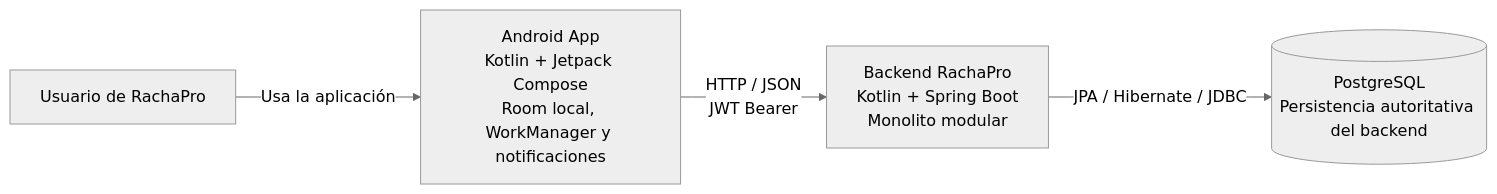
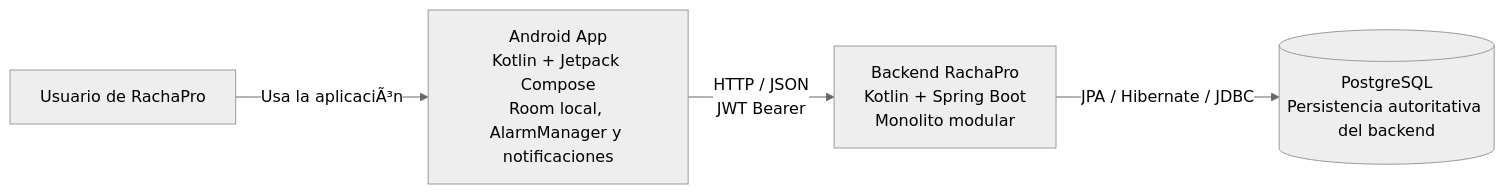
One commit to alejandro4198/RachaProo changed the diagram in docs/semana8/c4/diagramas/c4-l2-contenedores.mmd. Above: the diagram before and after it, drawn with Mermaid (neutral theme). The commit also changed 6 other files, not shown here.

```diff
--- a/docs/semana8/c4/diagramas/c4-l2-contenedores.mmd
+++ b/docs/semana8/c4/diagramas/c4-l2-contenedores.mmd
@@ -1,12 +1,12 @@
 flowchart LR
     user["Usuario de RachaPro"]
 
-    android["Android App<br/>Kotlin + Jetpack Compose<br/>Room local, WorkManager y notificaciones"]
+    android["Android App<br/>Kotlin + Jetpack Compose<br/>Room local, AlarmManager y notificaciones"]
 
     backend["Backend RachaPro<br/>Kotlin + Spring Boot<br/>Monolito modular"]
 
     postgres[("PostgreSQL<br/>Persistencia autoritativa del backend")]
 
-    user -->|"Usa la aplicación"| android
+    user -->|"Usa la aplicaciÃ³n"| android
     android -->|"HTTP / JSON<br/>JWT Bearer"| backend
     backend -->|"JPA / Hibernate / JDBC"| postgres
```
